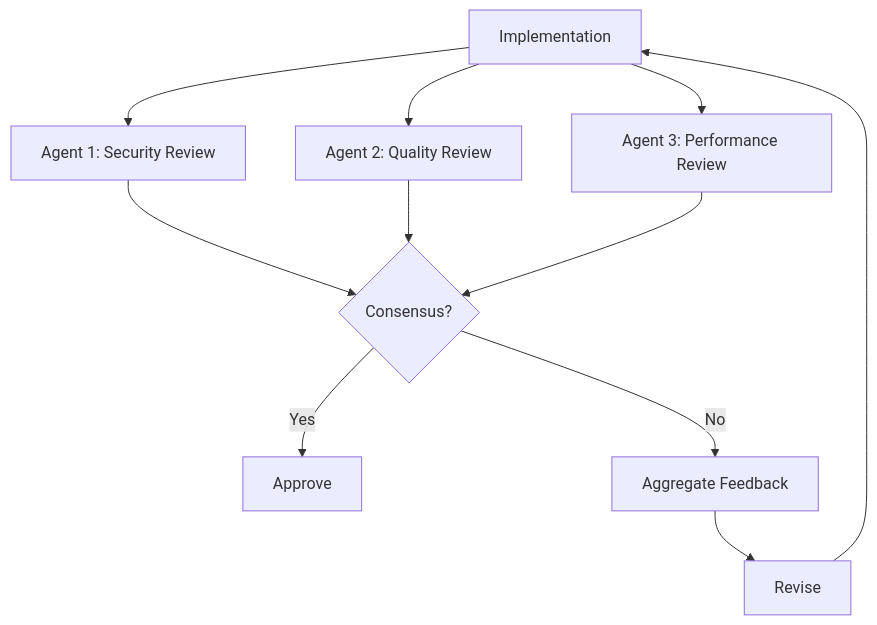
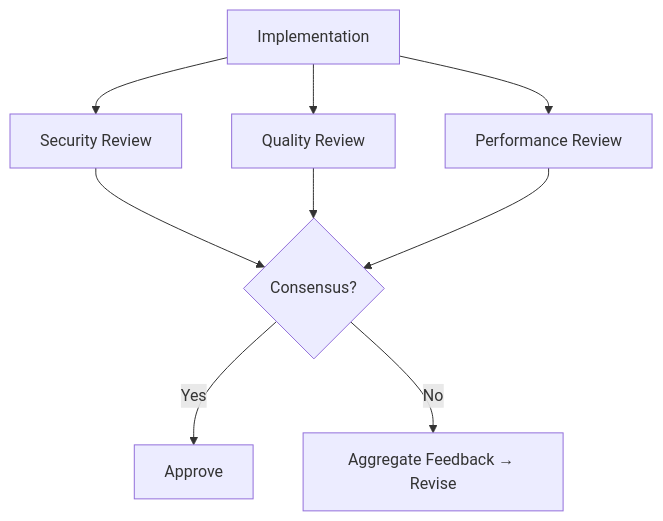
One commit to AliceNN-ucdenver/MaintainabilityAI changed the fourth of 4 diagrams in site-tw/public/docs/agents/multi-agent.md. Above: the diagram before and after it, drawn with Mermaid. The commit also changed other lines of this file and 22 other files, not shown here.

````diff
--- a/site-tw/public/docs/agents/multi-agent.md
+++ b/site-tw/public/docs/agents/multi-agent.md
@@ -510,13 +71,11 @@
 ```mermaid
 flowchart TD
-    A[Implementation] --> B[Agent 1: Security Review]
-    A --> C[Agent 2: Quality Review]
-    A --> D[Agent 3: Performance Review]
+    A[Implementation] --> B[Security Review]
+    A --> C[Quality Review]
+    A --> D[Performance Review]
     B --> E{Consensus?}
     C --> E
     D --> E
     E -->|Yes| F[Approve]
-    E -->|No| G[Aggregate Feedback]
-    G --> H[Revise]
-    H --> A
+    E -->|No| G[Aggregate Feedback → Revise]
 ```
````
